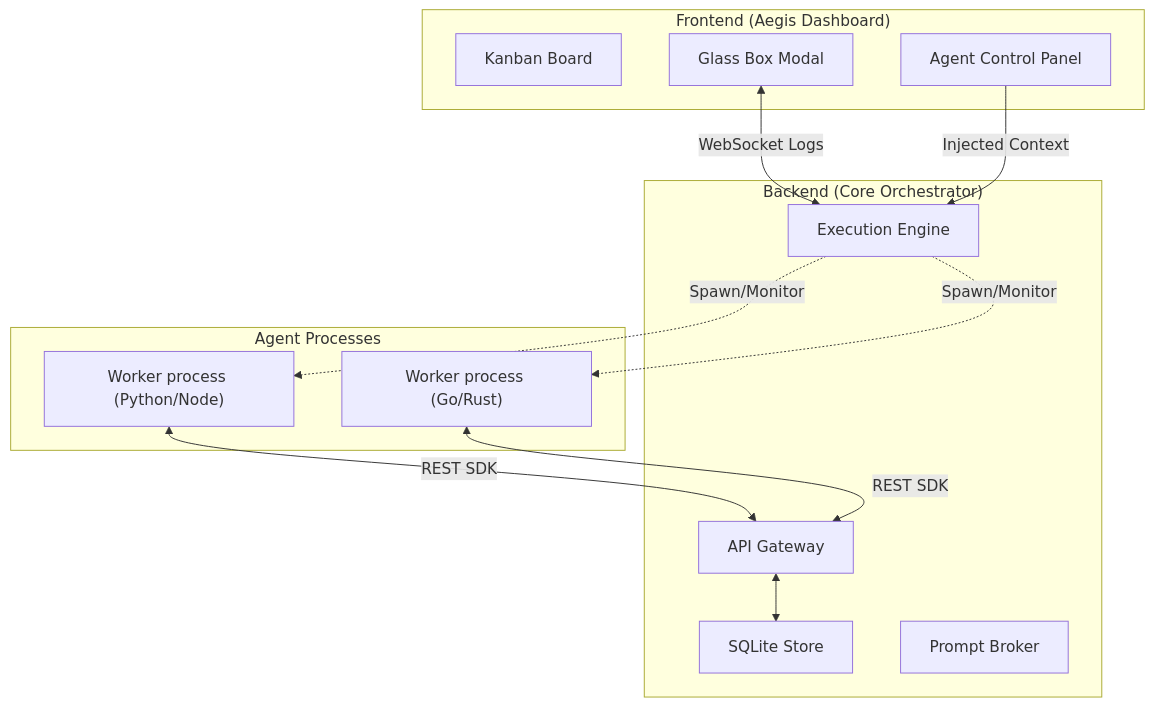
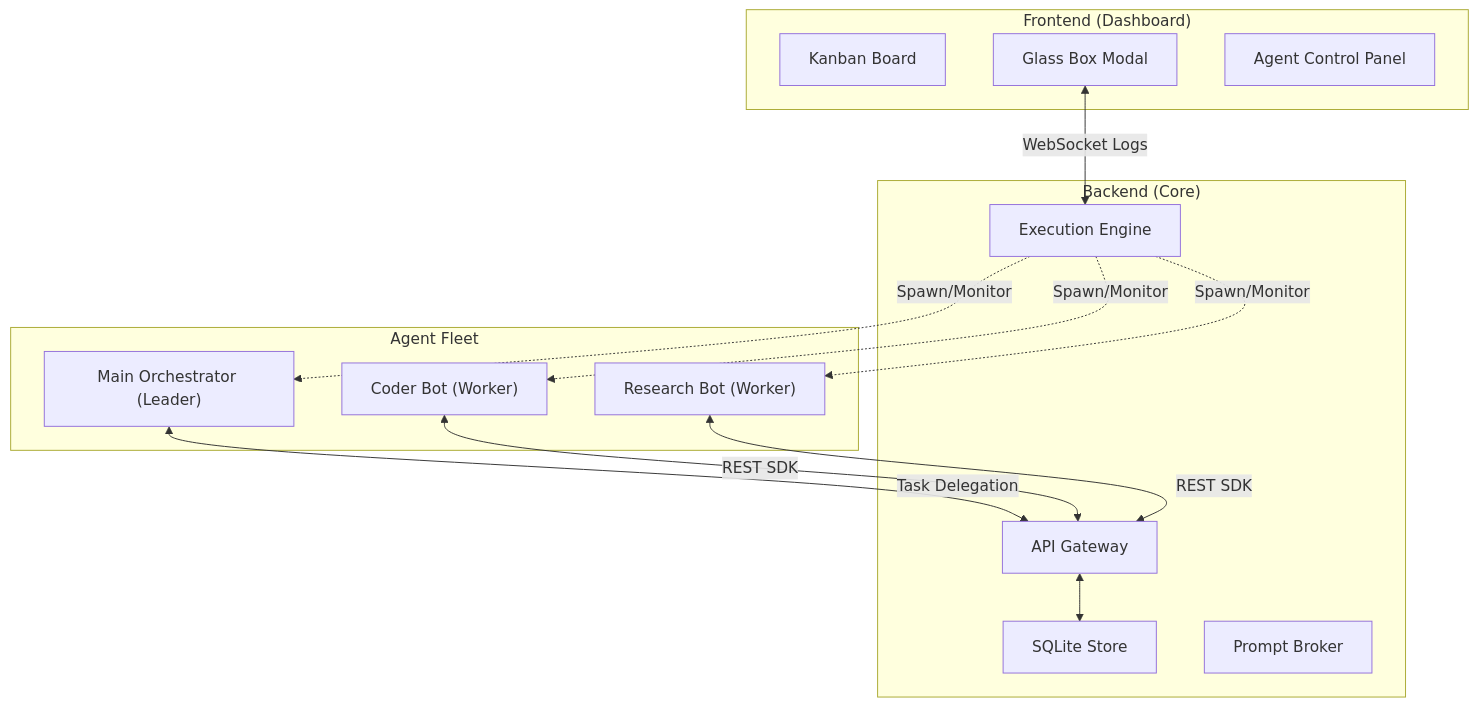
One commit to TheSandemon/Aegis changed the diagram in README.md. Above: the diagram before and after it, drawn with Mermaid. The commit also changed other lines of this file and 5 other files, not shown here.

````diff
--- a/README.md
+++ b/README.md
@@ -22,28 +23,30 @@
 ```mermaid
 graph TD
-    subgraph "Frontend (Aegis Dashboard)"
+    subgraph "Frontend (Dashboard)"
         H["Kanban Board"]
         UI["Glass Box Modal"]
         AG["Agent Control Panel"]
     end
 
-    subgraph "Backend (Core Orchestrator)"
+    subgraph "Backend (Core)"
         C["API Gateway"]
         ST["SQLite Store"]
         EE["Execution Engine"]
         BR["Prompt Broker"]
     end
 
-    subgraph "Agent Processes"
-        W1["Worker process (Python/Node)"]
-        W2["Worker process (Go/Rust)"]
+    subgraph "Agent Fleet"
+        OR["Main Orchestrator (Leader)"]
+        W1["Coder Bot (Worker)"]
+        W2["Research Bot (Worker)"]
     end
 
+    OR <-->|Task Delegation| C
     W1 <-->|REST SDK| C
     W2 <-->|REST SDK| C
+    EE -.->|Spawn/Monitor| OR
     EE -.->|Spawn/Monitor| W1
     EE -.->|Spawn/Monitor| W2
     C <--> ST
     UI <-->|WebSocket Logs| EE
-    AG -->|Injected Context| EE
 ```
````
